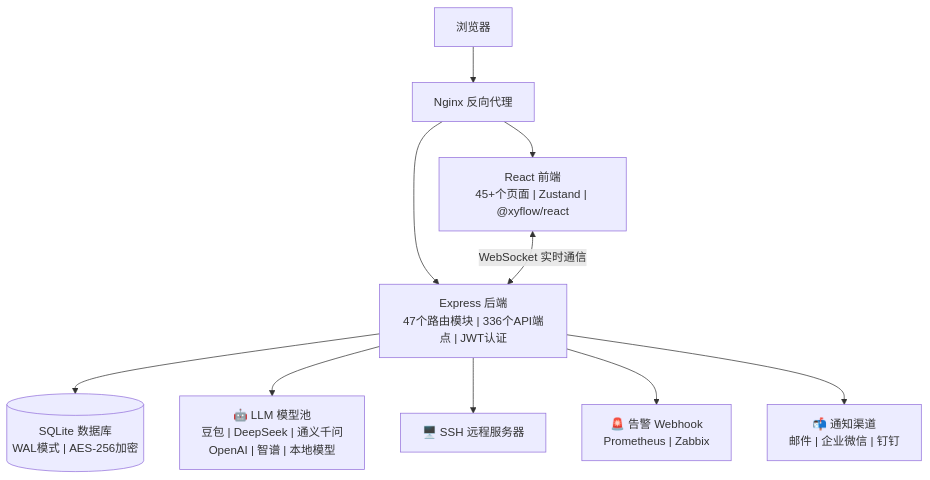
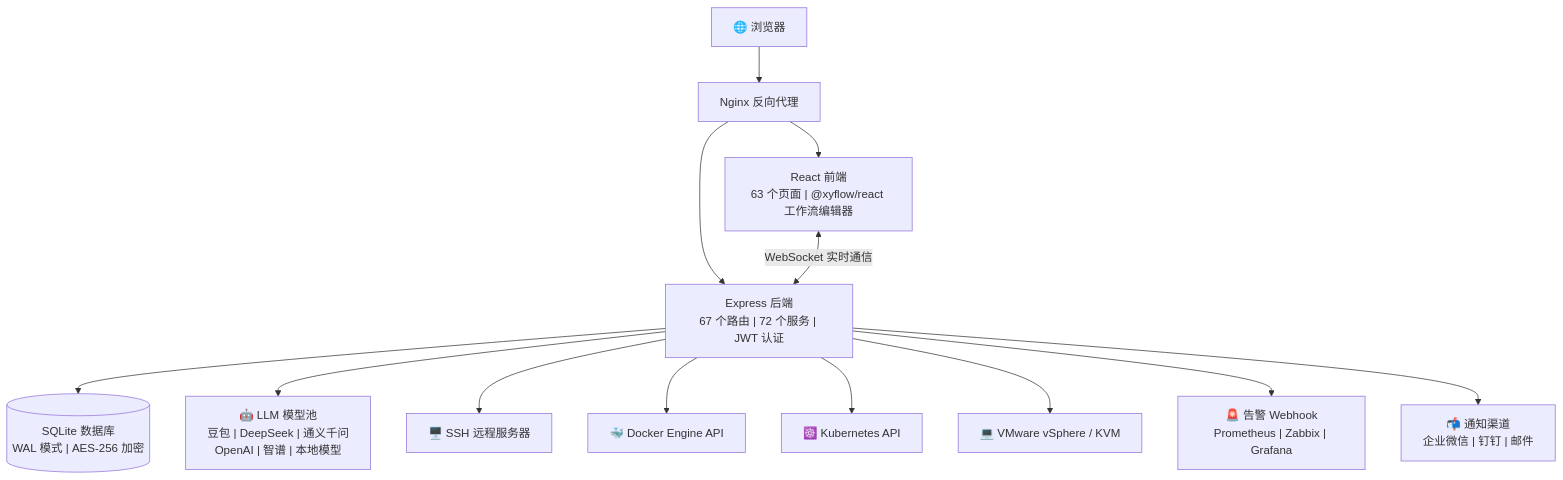
Before and after one commit to Hkxtor/itops-agent-platform: the diagram in README.md, drawn with Mermaid. The commit also changed other lines of this file and 77 other files, not shown here.

````diff
--- a/README.md
+++ b/README.md
@@ -37,12 +177,15 @@
 ```mermaid
 graph TB
-    Browser["浏览器"] --> Nginx["Nginx 反向代理"]
-    Nginx --> React["React 前端<br/>45+个页面 | Zustand | @xyflow/react"]
-    Nginx --> Express["Express 后端<br/>47个路由模块 | 336个API端点 | JWT认证"]
+    Browser["🌐 浏览器"] --> Nginx["Nginx 反向代理"]
+    Nginx --> React["React 前端<br/>63 个页面 | @xyflow/react 工作流编辑器"]
+    Nginx --> Express["Express 后端<br/>67 个路由 | 72 个服务 | JWT 认证"]
     React <-->|"WebSocket 实时通信"| Express
-    Express --> SQLite[("SQLite 数据库<br/>WAL模式 | AES-256加密")]
+    Express --> SQLite[("SQLite 数据库<br/>WAL 模式 | AES-256 加密")]
     Express --> LLM["🤖 LLM 模型池<br/>豆包 | DeepSeek | 通义千问<br/>OpenAI | 智谱 | 本地模型"]
     Express --> SSH["🖥️ SSH 远程服务器"]
-    Express --> Webhook["🚨 告警 Webhook<br/>Prometheus | Zabbix"]
-    Express --> Notify["📬 通知渠道<br/>邮件 | 企业微信 | 钉钉"]
+    Express --> Docker["🐳 Docker Engine API"]
+    Express --> K8s["☸️ Kubernetes API"]
+    Express --> VMware["💻 VMware vSphere / KVM"]
+    Express --> Webhook["🚨 告警 Webhook<br/>Prometheus | Zabbix | Grafana"]
+    Express --> Notify["📬 通知渠道<br/>企业微信 | 钉钉 | 邮件"]
 ```
````
